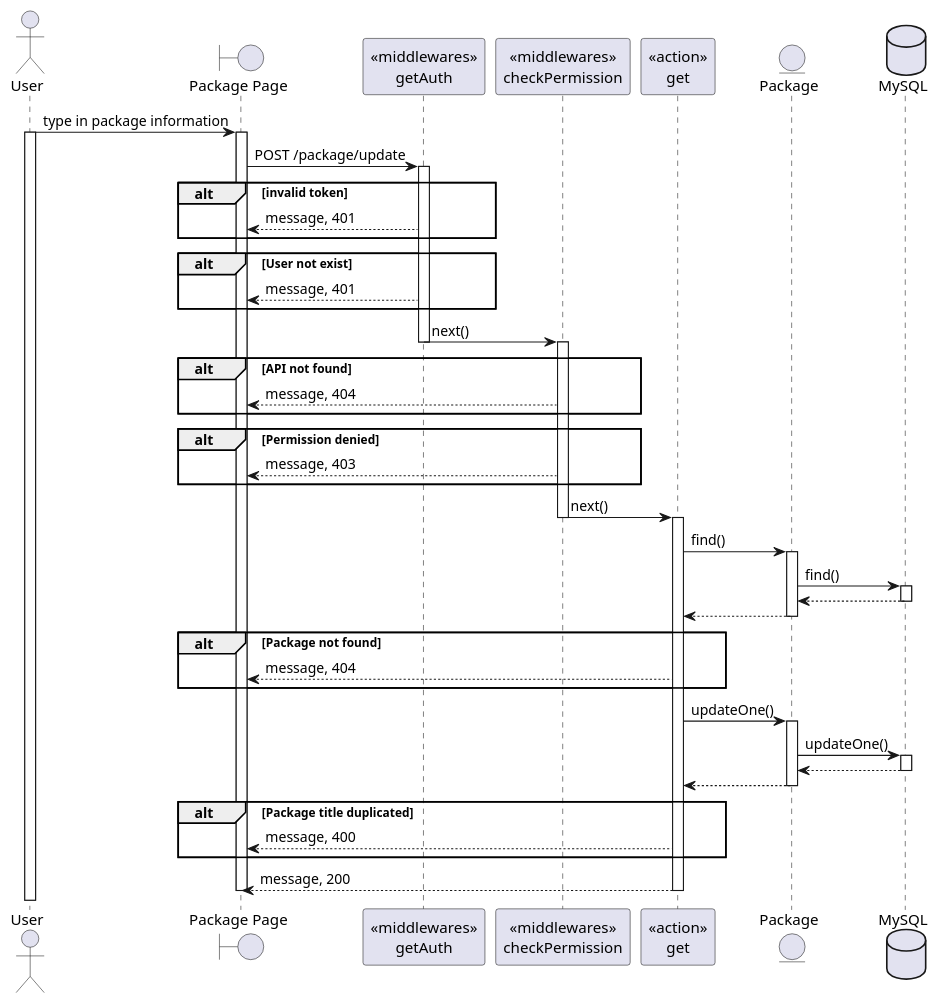
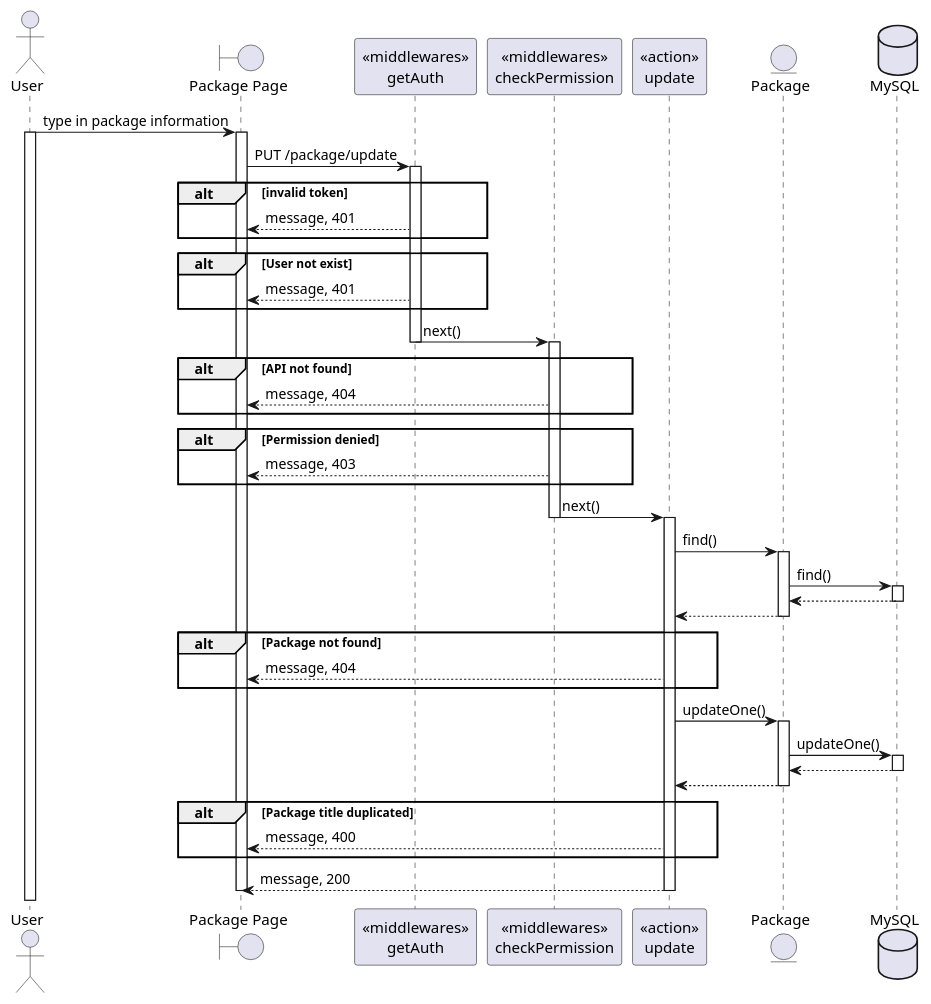
Before and after one commit to BunnyButtpowder/TeleLink-Original: the diagram in SequeceDiagram/package/update.wsd, drawn with PlantUML. The commit also changed 16 other files, not shown here.

Commit message:
finish almost all sequence diagram

```diff
--- a/SequeceDiagram/package/update.wsd
+++ b/SequeceDiagram/package/update.wsd
@@ -1,66 +1,66 @@
 @startuml
 actor User
 boundary "Package Page" as Client
 participant "<<middlewares>>\ngetAuth" as mid1
 participant "<<middlewares>>\ncheckPermission" as mid2
-participant "<<action>>\nget" as Controller
+participant "<<action>>\nupdate" as Controller
 entity "Package" as Model
 database "MySQL" as DB
 
 User -> Client: type in package information
 activate User
 activate Client
-Client -> mid1: POST /package/update
+Client -> mid1: PUT /package/update
 activate mid1
 alt invalid token
     mid1 --> Client: message, 401
 end
 alt User not exist
     mid1 --> Client: message, 401
 end
 mid1 -> mid2: next()
 deactivate mid1
 activate mid2
 alt API not found
     mid2 --> Client: message, 404
 end
 alt Permission denied
     mid2 --> Client: message, 403
 end
 mid2 -> Controller: next()
 deactivate mid2
 activate Controller
 Controller -> Model: find()
 activate Model
 Model -> DB: find()
 activate DB
 DB --> Model
 deactivate DB
 Model --> Controller
 deactivate Model
 Alt Package not found
     Controller --> Client: message, 404
 end
 Controller -> Model: updateOne()
 activate Model
 Model -> DB: updateOne()
 activate DB
 DB --> Model
 deactivate DB
 Model --> Controller
 deactivate Model
 alt Package title duplicated
 Controller --> Client: message, 400
 end
 Controller --> Client: message, 200
 deactivate Controller
 
 
 
 
 
 
 
 deactivate Client
 
 @enduml
```
